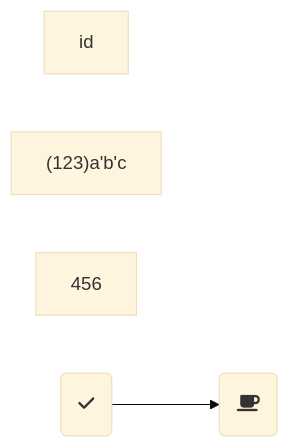
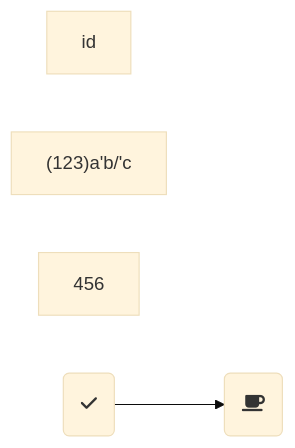
One commit to JerryLzysss/StudyResource- changed the first of 15 diagrams in mermaid/流程图.md. Above: the diagram before and after it, drawn with Mermaid (base theme). The commit also changed other lines of this file and 1 other file, not shown here.

````diff
--- a/mermaid/流程图.md
+++ b/mermaid/流程图.md
@@ -9,8 +9,8 @@
 ```mermaid
  flowchart LR
  id
  bcd[123]
  abce[456]
- bcd["(123)a'b'c"]
+ bcd["(123)a'b/'c"]
 A(fa:fa-check)-->B(fa:fa-coffee)
 ```
````
